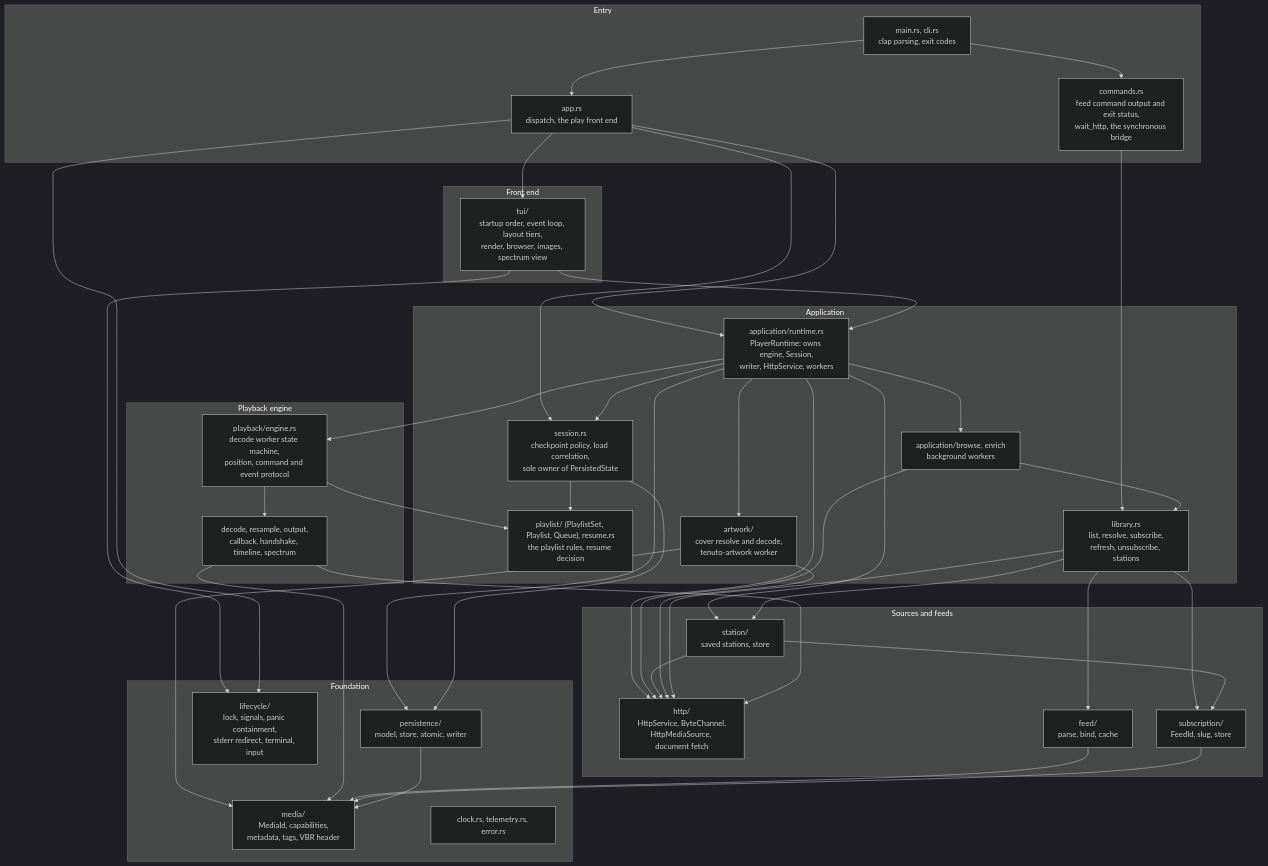
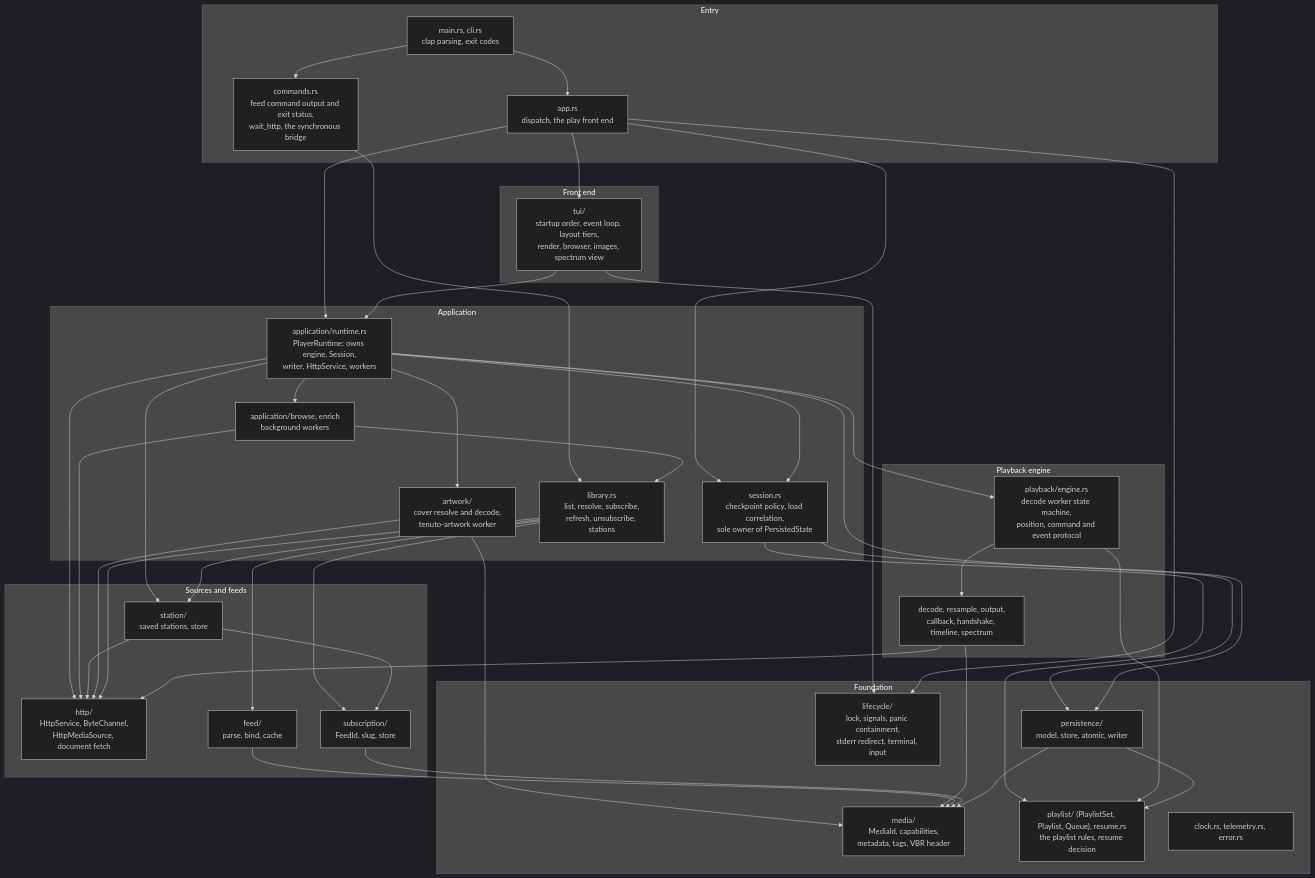
One commit to alvytsk/tenuto changed the third of 5 diagrams in docs/architecture.md. Above: the diagram before and after it, drawn with Mermaid (dark theme). The commit also changed other lines of this file and 4 other files, not shown here.

````diff
--- a/docs/architecture.md
+++ b/docs/architecture.md
@@ -109,76 +109,77 @@
 ```mermaid
 flowchart TB
     subgraph entry["Entry"]
         main["main.rs, cli.rs<br/>clap parsing, exit codes"]
         app["app.rs<br/>dispatch, the play front end"]
         commands["commands.rs<br/>feed command output and exit status,<br/>wait_http, the synchronous bridge"]
     end
 
     subgraph front["Front end"]
         tui["tui/<br/>startup order, event loop, layout tiers,<br/>render, browser, images, spectrum view"]
     end
 
     subgraph appl["Application"]
         runtime["application/runtime.rs<br/>PlayerRuntime: owns engine, Session,<br/>writer, HttpService, workers"]
         session["session.rs<br/>checkpoint policy, load correlation,<br/>sole owner of PersistedState"]
-        queue["playlist/ (PlaylistSet, Playlist, Queue), resume.rs<br/>the playlist rules, resume decision"]
         library["library.rs<br/>list, resolve, subscribe,<br/>refresh, unsubscribe, stations"]
         workers["application/browse, enrich<br/>background workers"]
         artwork["artwork/<br/>cover resolve and decode,<br/>tenuto-artwork worker"]
     end
 
     subgraph engine["Playback engine"]
         eng["playback/engine.rs<br/>decode worker state machine,<br/>position, command and event protocol"]
         pipe["decode, resample, output,<br/>callback, handshake, timeline, spectrum"]
     end
 
     subgraph sources["Sources and feeds"]
         http["http/<br/>HttpService, ByteChannel,<br/>HttpMediaSource, document fetch"]
         feed["feed/<br/>parse, bind, cache"]
         subscr["subscription/<br/>FeedId, slug, store"]
         station["station/<br/>saved stations, store"]
     end
 
     subgraph base["Foundation"]
         media["media/<br/>MediaId, capabilities,<br/>metadata, tags, VBR header"]
         persist["persistence/<br/>model, store, atomic, writer"]
+        queue["playlist/ (PlaylistSet, Playlist, Queue), resume.rs<br/>the playlist rules, resume decision"]
         lifecycle["lifecycle/<br/>lock, signals, panic containment,<br/>stderr redirect, terminal, input"]
         clock["clock.rs, telemetry.rs, error.rs"]
     end
 
     main --> app
     main --> commands
     app --> tui
     app --> runtime
     app --> session
     commands --> library
     tui --> runtime
     runtime --> session
     runtime --> eng
     runtime --> http
     runtime --> workers
     runtime --> artwork
     runtime --> station
     runtime --> persist
     workers --> library
     workers --> http
     session --> queue
     session --> persist
     library --> feed
     library --> subscr
     library --> station
     station --> subscr
     station --> http
     artwork --> http
     artwork --> media
     library --> http
     eng --> pipe
     eng --> queue
     pipe --> http
     pipe --> media
     feed --> media
     subscr --> media
     persist --> media
+    persist --> queue
     tui --> lifecycle
     app --> lifecycle
 ```
````
